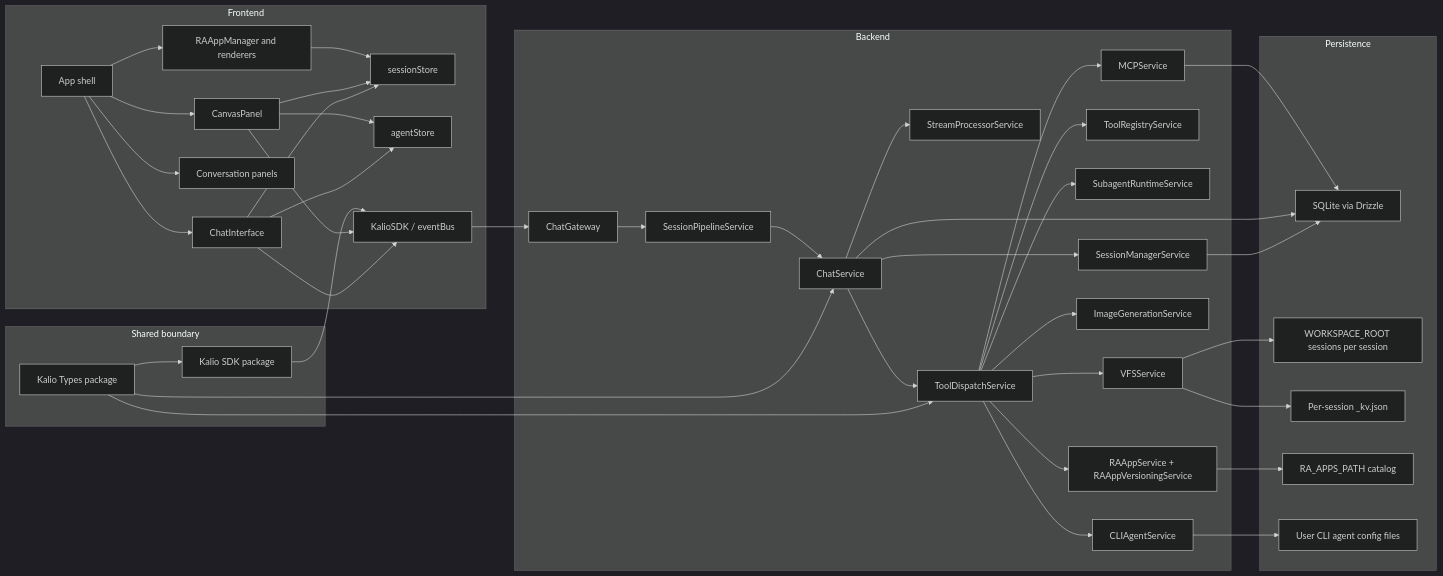
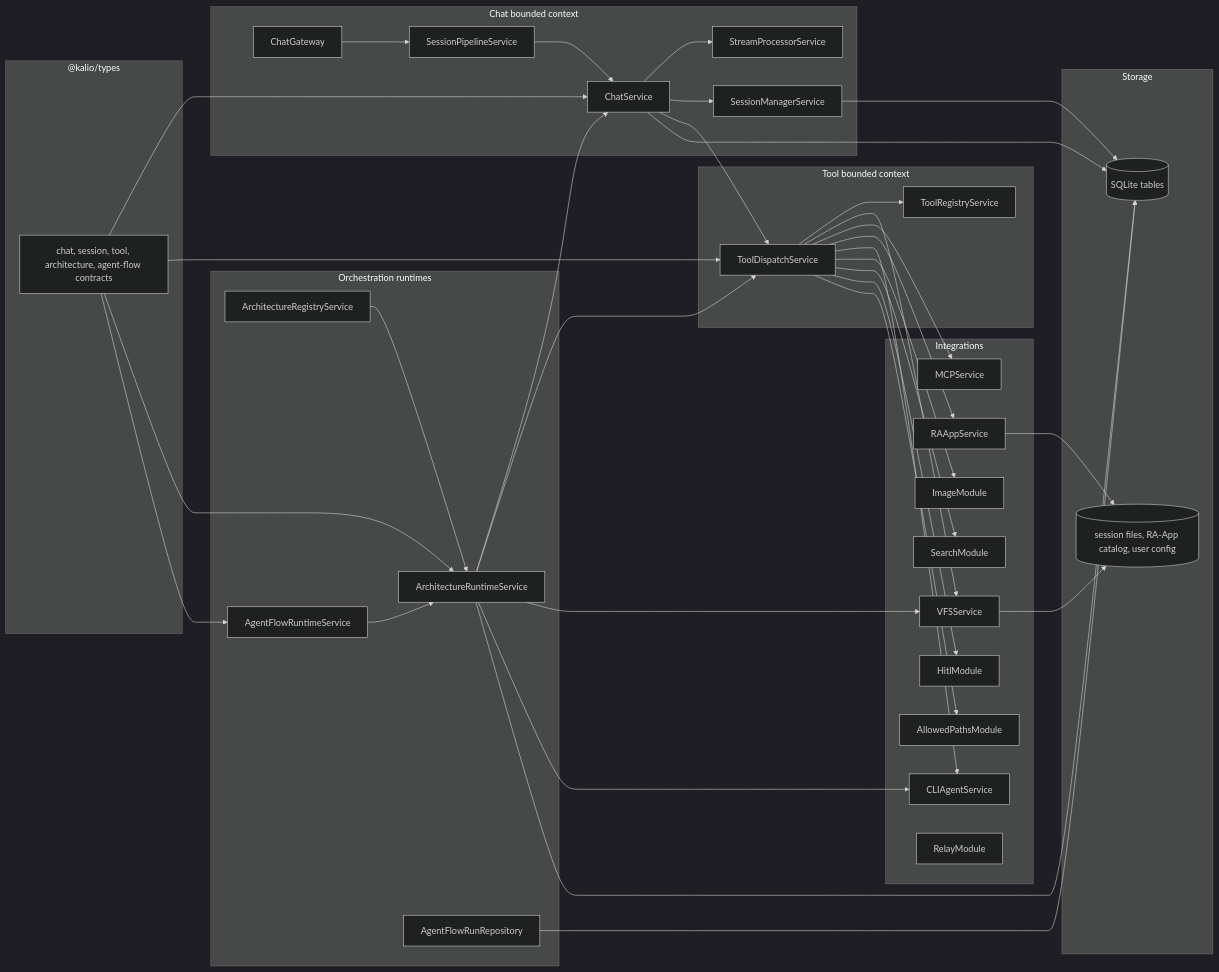
One commit to Radomiej/kalio-forever changed the first of 2 diagrams in docs/application-architecture-current.md. Above: the diagram before and after it, drawn with Mermaid (dark theme). The commit also changed other lines of this file and 55 other files, not shown here.

````diff
--- a/docs/application-architecture-current.md
+++ b/docs/application-architecture-current.md
@@ -44,81 +101,77 @@
 ```mermaid
 flowchart LR
-    subgraph Frontend[Frontend]
-        App[App shell]
-        ChatUI[ChatInterface]
-        Canvas[CanvasPanel]
-        SessionsUI[Conversation panels]
-        RAAppUI[RAAppManager and renderers]
-        SessionStore[sessionStore]
-        AgentStore[agentStore]
-        SDK[KalioSDK / eventBus]
+    subgraph Contracts["@kalio/types"]
+        Types[chat, session, tool, architecture, agent-flow contracts]
     end
 
-    subgraph Shared[Shared boundary]
-        Types[Kalio Types package]
-        SDKPkg[Kalio SDK package]
+    subgraph ChatCtx[Chat bounded context]
+        Gateway[ChatGateway]
+        Pipeline[SessionPipelineService]
+        ChatSvc[ChatService]
+        Stream[StreamProcessorService]
+        SessionMgr[SessionManagerService]
     end
 
-    subgraph Backend[Backend]
-        Gateway[ChatGateway]
-        Pipeline[SessionPipelineService]
-        Chat[ChatService]
-        Stream[StreamProcessorService]
-        SessionMgr[SessionManagerService]
+    subgraph ToolCtx[Tool bounded context]
         Dispatch[ToolDispatchService]
         Registry[ToolRegistryService]
-        SubagentRuntime[SubagentRuntimeService]
-        MCP[MCPService]
-        RAApp[RAAppService + RAAppVersioningService]
-        Image[ImageGenerationService]
-        CLIAgent[CLIAgentService]
-        VFS[VFSService]
     end
 
-    subgraph Storage[Persistence]
-        DB[SQLite via Drizzle]
-        SessionFiles[WORKSPACE_ROOT sessions per session]
-        SessionKV[Per-session _kv.json]
-        RAApps[RA_APPS_PATH catalog]
-        CLIConfig[User CLI agent config files]
+    subgraph RuntimeCtx[Orchestration runtimes]
+        ArchRegistry[ArchitectureRegistryService]
+        ArchRuntime[ArchitectureRuntimeService]
+        AFRuntime[AgentFlowRuntimeService]
+        AFRepo[AgentFlowRunRepository]
     end
 
-    App --> ChatUI
-    App --> SessionsUI
-    App --> Canvas
-    App --> RAAppUI
-    ChatUI --> SessionStore
-    ChatUI --> AgentStore
-    Canvas --> SessionStore
-    Canvas --> AgentStore
-    RAAppUI --> SessionStore
-    ChatUI --> SDK
-    Canvas --> SDK
-    SDK --> Gateway
+    subgraph Integrations[Integrations]
+        VFS[VFSService]
+        MCP[MCPService]
+        RAApp[RAAppService]
+        CLI[CLIAgentService]
+        Image[ImageModule]
+        Search[SearchModule]
+        Hitl[HitlModule]
+        Allowed[AllowedPathsModule]
+        Relay[RelayModule]
+    end
 
-    Types --> SDKPkg
-    Types --> Chat
+    subgraph Storage[Storage]
+        DB[(SQLite tables)]
+        Files[(session files, RA-App catalog, user config)]
+    end
+
+    Types --> ChatSvc
     Types --> Dispatch
-    SDKPkg --> SDK
+    Types --> ArchRuntime
+    Types --> AFRuntime
 
-    Gateway --> Pipeline
-    Pipeline --> Chat
-    Chat --> Stream
-    Chat --> SessionMgr
-    Chat --> Dispatch
+    Gateway --> Pipeline --> ChatSvc --> Stream
+    ChatSvc --> SessionMgr
+    ChatSvc --> Dispatch
+
     Dispatch --> Registry
+    Dispatch --> VFS
     Dispatch --> MCP
-    Dispatch --> SubagentRuntime
     Dispatch --> RAApp
+    Dispatch --> CLI
     Dispatch --> Image
-    Dispatch --> CLIAgent
-    Dispatch --> VFS
+    Dispatch --> Search
+    Dispatch --> Hitl
+    Dispatch --> Allowed
 
+    ArchRegistry --> ArchRuntime
+    ArchRuntime --> ChatSvc
+    ArchRuntime --> Dispatch
+    ArchRuntime --> VFS
+    ArchRuntime --> CLI
+
+    AFRuntime --> ArchRuntime
+    AFRepo --> DB
+
+    ChatSvc --> DB
     SessionMgr --> DB
-    Chat --> DB
-    MCP --> DB
-    VFS --> SessionFiles
-    VFS --> SessionKV
-    RAApp --> RAApps
-    CLIAgent --> CLIConfig
+    ArchRuntime --> DB
+    VFS --> Files
+    RAApp --> Files
 ```
````
